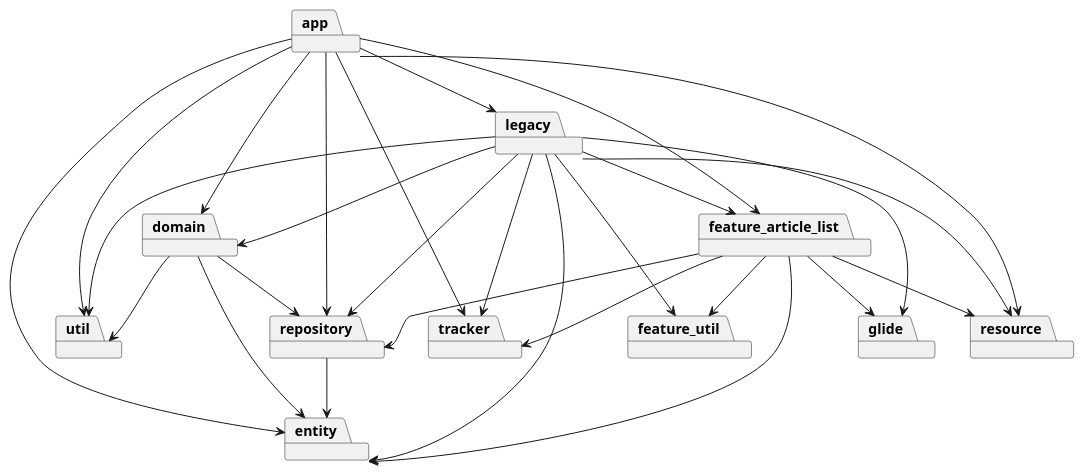
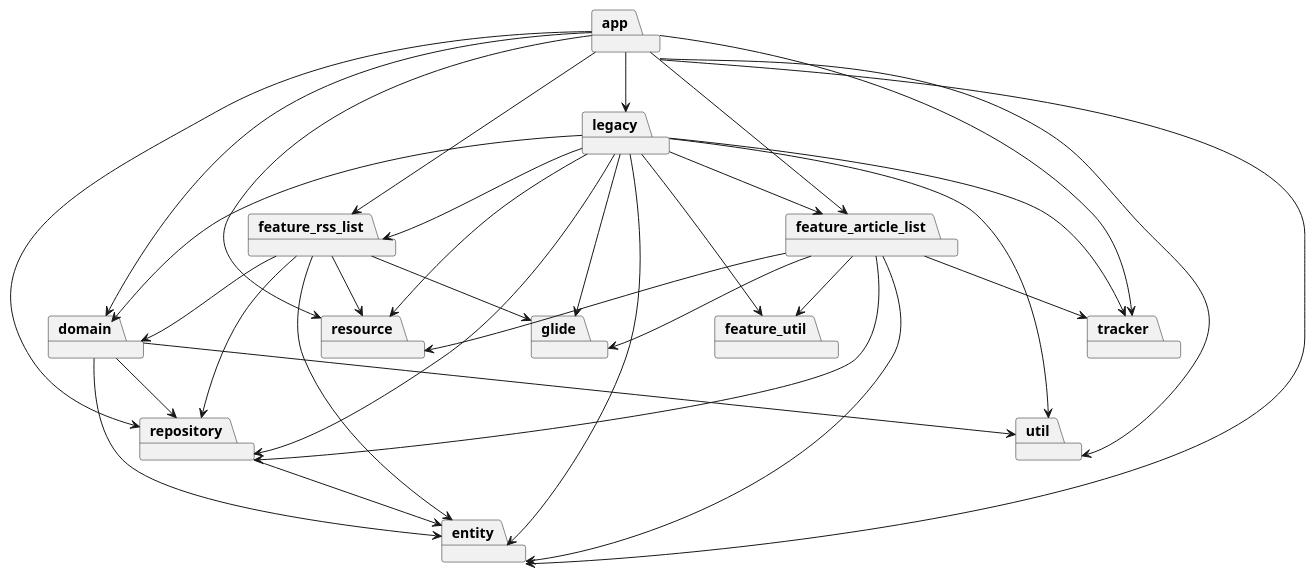
One commit to phicdy/MyCuration changed the diagram in modules.plantuml. Above: the diagram before and after it, drawn with PlantUML. The commit also changed 1 other file, not shown here.

```diff
--- a/modules.plantuml
+++ b/modules.plantuml
@@ -1,47 +1,56 @@
 @startuml
 
 package app
 package repository
 package entity
 package domain
 package legacy
 package feature_article_list
+package feature_rss_list
 package feature_util
 package glide
 package resource
 package util
 package tracker
 
 app -down-> repository
 app -down-> entity
 app -down-> domain
 app -down-> legacy
 app -down-> feature_article_list
+app -down-> feature_rss_list
 app -down-> resource
 app -down-> util
 app -down-> tracker
 
 domain -down-> entity
 domain -down-> repository
 domain -down-> util
 
 feature_article_list -down-> repository
 feature_article_list -down-> entity
 feature_article_list -down-> glide
 feature_article_list -down-> feature_util
 feature_article_list -down-> resource
 feature_article_list -down-> tracker
 
+feature_rss_list -down-> repository
+feature_rss_list -down-> domain
+feature_rss_list -down-> entity
+feature_rss_list -down-> glide
+feature_rss_list -down-> resource
+
 legacy -down-> repository
 legacy -down-> entity
 legacy -down-> domain
 legacy -down-> feature_util
 legacy -down-> feature_article_list
+legacy -down-> feature_rss_list
 legacy -down-> resource
 legacy -down-> util
 legacy -down-> tracker
 legacy -down-> glide
 
 repository -down-> entity
 
 @enduml
```
